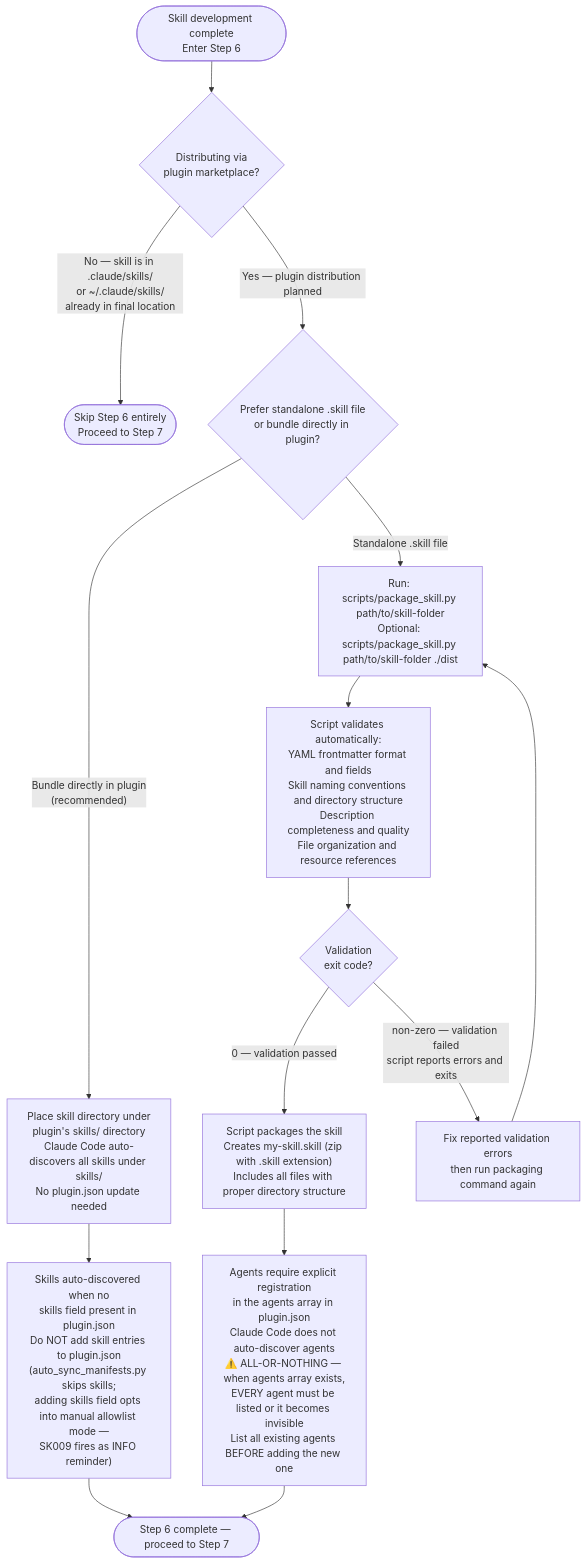
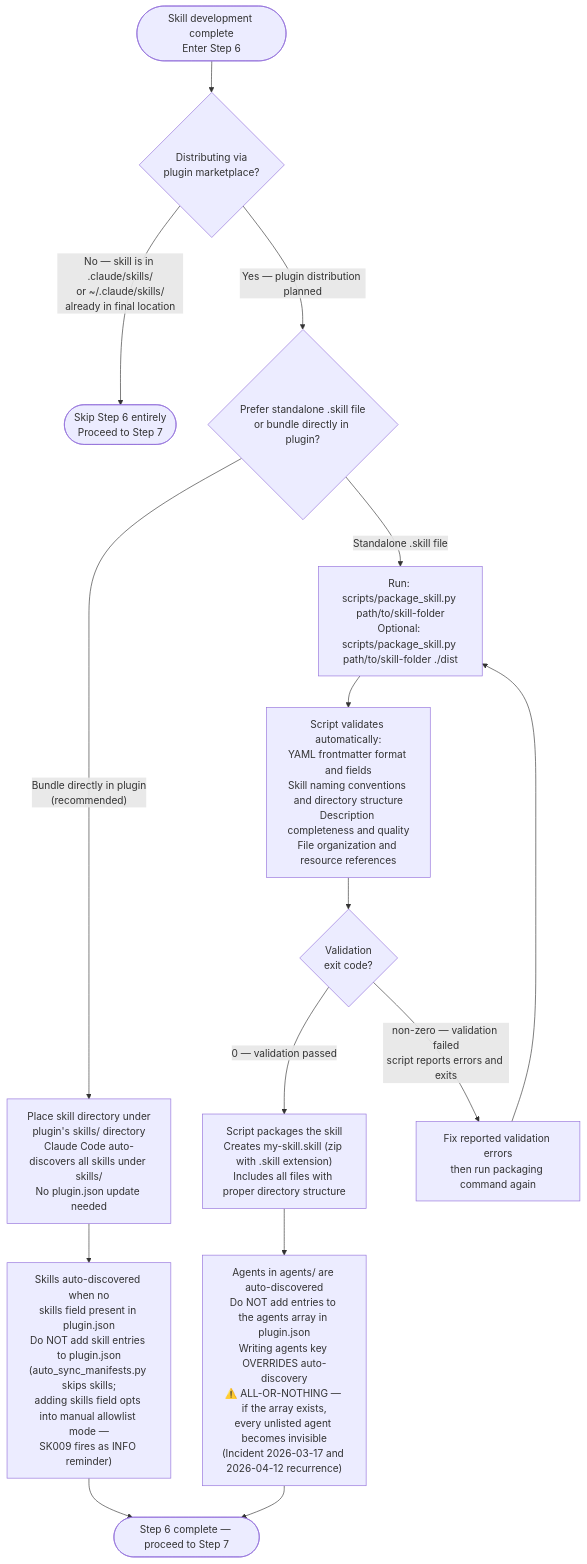
Before and after one commit to chgreer1070/claude_skills: the fifth of 5 diagrams in plugins/plugin-creator/skills/skill-creator/SKILL.md, drawn with Mermaid. The commit also changed 23 other files, not shown here.

Commit message:
fix(dh): unblock grooming swarm — agent permissions, missing teammates, auto-discovery, doc drift (#1714)

````diff
--- a/plugins/plugin-creator/skills/skill-creator/SKILL.md
+++ b/plugins/plugin-creator/skills/skill-creator/SKILL.md
@@ -614,17 +614,17 @@
 ```mermaid
 flowchart TD
     Start(["Skill development complete<br>Enter Step 6"]) --> Q{"Distributing via<br>plugin marketplace?"}
     Q -->|"No — skill is in .claude/skills/<br>or ~/.claude/skills/<br>already in final location"| Skip(["Skip Step 6 entirely<br>Proceed to Step 7"])
     Q -->|"Yes — plugin distribution planned"| Q2{"Prefer standalone .skill file<br>or bundle directly in plugin?"}
     Q2 -->|"Bundle directly in plugin<br>(recommended)"| Bundle["Place skill directory under<br>plugin's skills/ directory<br>Claude Code auto-discovers all skills under skills/<br>No plugin.json update needed"]
     Q2 -->|"Standalone .skill file"| RunPkg["Run: scripts/package_skill.py path/to/skill-folder<br>Optional: scripts/package_skill.py path/to/skill-folder ./dist"]
     RunPkg --> Validate["Script validates automatically:<br>YAML frontmatter format and fields<br>Skill naming conventions and directory structure<br>Description completeness and quality<br>File organization and resource references"]
     Validate --> VQ{"Validation<br>exit code?"}
     VQ -->|"0 — validation passed"| Package["Script packages the skill<br>Creates my-skill.skill (zip with .skill extension)<br>Includes all files with proper directory structure"]
     VQ -->|"non-zero — validation failed<br>script reports errors and exits"| Fix["Fix reported validation errors<br>then run packaging command again"]
     Fix --> RunPkg
     Bundle --> SkillReg["Skills auto-discovered when no<br>skills field present in plugin.json<br>Do NOT add skill entries to plugin.json<br>(auto_sync_manifests.py skips skills;<br>adding skills field opts into manual allowlist mode —<br>SK009 fires as INFO reminder)"]
-    Package --> AgentReg["Agents require explicit registration<br>in the agents array in plugin.json<br>Claude Code does not auto-discover agents<br>⚠️ ALL-OR-NOTHING — when agents array exists,<br>EVERY agent must be listed or it becomes invisible<br>List all existing agents BEFORE adding the new one"]
+    Package --> AgentReg["Agents in agents/ are auto-discovered<br>Do NOT add entries to the agents array in plugin.json<br>Writing agents key OVERRIDES auto-discovery<br>⚠️ ALL-OR-NOTHING — if the array exists,<br>every unlisted agent becomes invisible<br>(Incident 2026-03-17 and 2026-04-12 recurrence)"]
     SkillReg --> Done(["Step 6 complete — proceed to Step 7"])
     AgentReg --> Done
 ```
````
